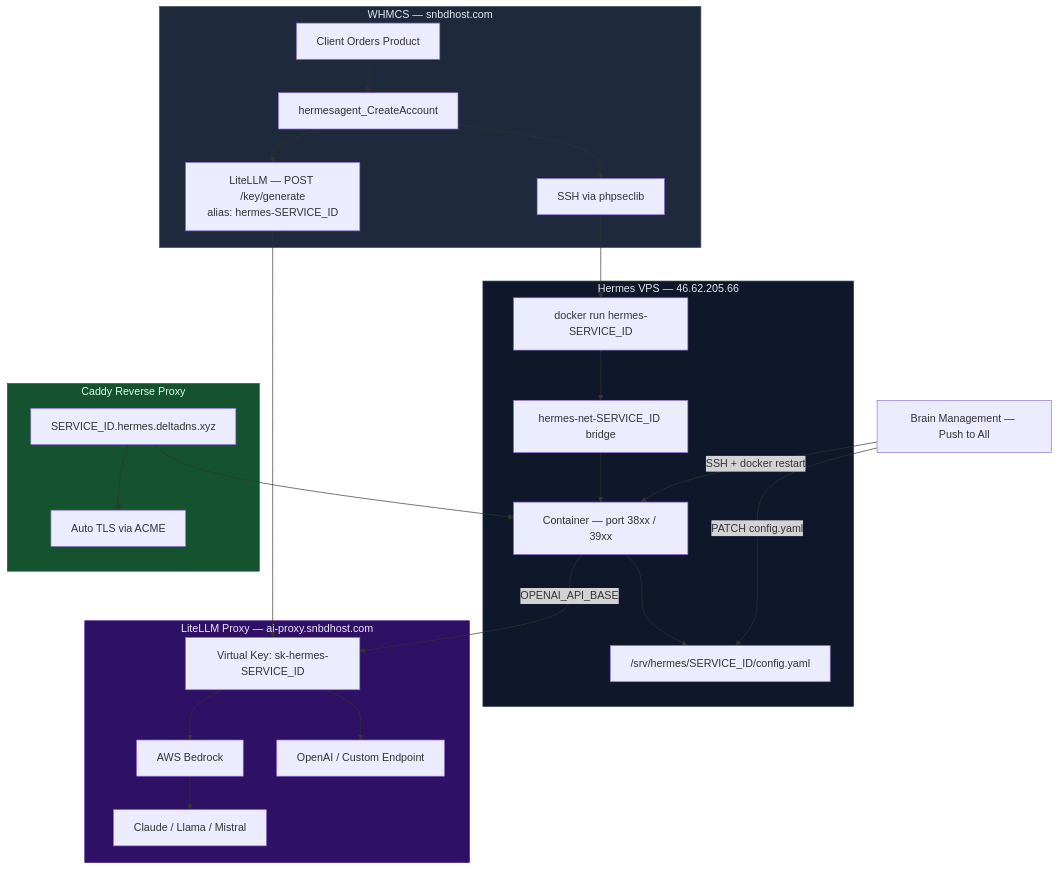
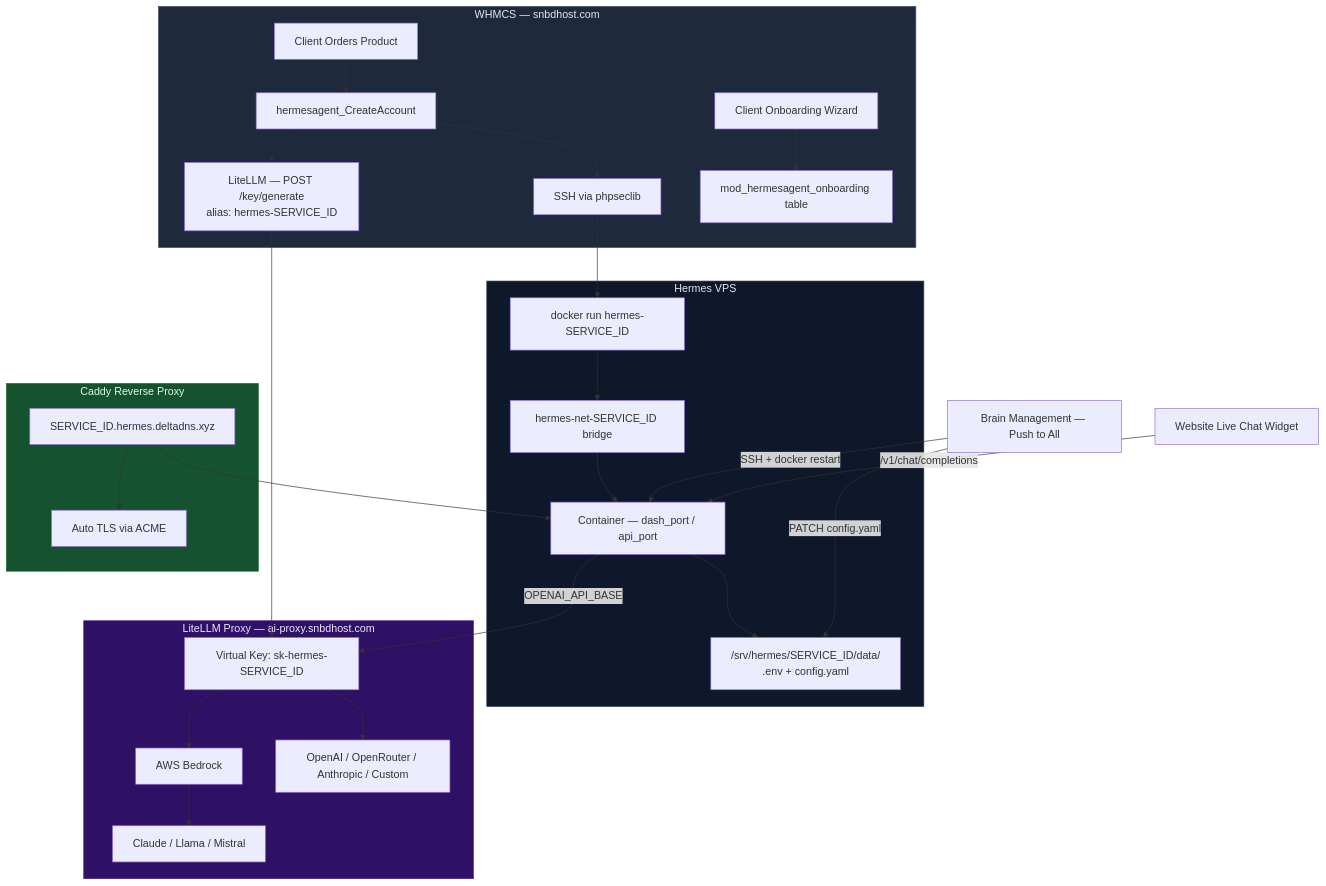
Before and after one commit to yeaminlabs/hermes-agent-whmcs: the diagram in README.md, drawn with Mermaid. The commit also changed other lines of this file, not shown here.

Commit message:
docs: comprehensive README rewrite — v1.1.0 stable, full feature docs, architecture, schema, changelog

````diff
--- a/README.md
+++ b/README.md
@@ -88,36 +119,38 @@
 ```mermaid
 flowchart TD
     subgraph WHMCS ["WHMCS — snbdhost.com"]
         A["Client Orders Product"] --> B["hermesagent_CreateAccount"]
         B --> C["SSH via phpseclib"]
         B --> D["LiteLLM — POST /key/generate<br/>alias: hermes-SERVICE_ID"]
+        A2["Client Onboarding Wizard"] --> O["mod_hermesagent_onboarding table"]
     end
 
-    subgraph VPS ["Hermes VPS — 46.62.205.66"]
+    subgraph VPS ["Hermes VPS"]
         C --> E["docker run hermes-SERVICE_ID"]
         E --> F["hermes-net-SERVICE_ID bridge"]
-        F --> G["Container — port 38xx / 39xx"]
-        G --> H["/srv/hermes/SERVICE_ID/config.yaml"]
+        F --> G["Container — dash_port / api_port"]
+        G --> H["/srv/hermes/SERVICE_ID/data/<br/>.env + config.yaml"]
     end
 
     subgraph Caddy ["Caddy Reverse Proxy"]
         I["SERVICE_ID.hermes.deltadns.xyz"] --> G
         I --> J["Auto TLS via ACME"]
     end
 
     subgraph LiteLLM ["LiteLLM Proxy — ai-proxy.snbdhost.com"]
         D --> K["Virtual Key: sk-hermes-SERVICE_ID"]
         K --> L["AWS Bedrock"]
-        K --> M["OpenAI / Custom Endpoint"]
+        K --> M["OpenAI / OpenRouter / Anthropic / Custom"]
         L --> N["Claude / Llama / Mistral"]
     end
 
     G -->|"OPENAI_API_BASE"| K
     D2["Brain Management — Push to All"] -->|"SSH + docker restart"| G
     D2 -->|"PATCH config.yaml"| H
+    WEB["Website Live Chat Widget"] -->|"/v1/chat/completions"| G
 
     style WHMCS fill:#1e293b,color:#e2e8f0,stroke:#475569
     style VPS fill:#0f172a,color:#e2e8f0,stroke:#334155
     style Caddy fill:#14532d,color:#dcfce7,stroke:#166534
     style LiteLLM fill:#2e1065,color:#ede9fe,stroke:#4c1d95
 ```
````
